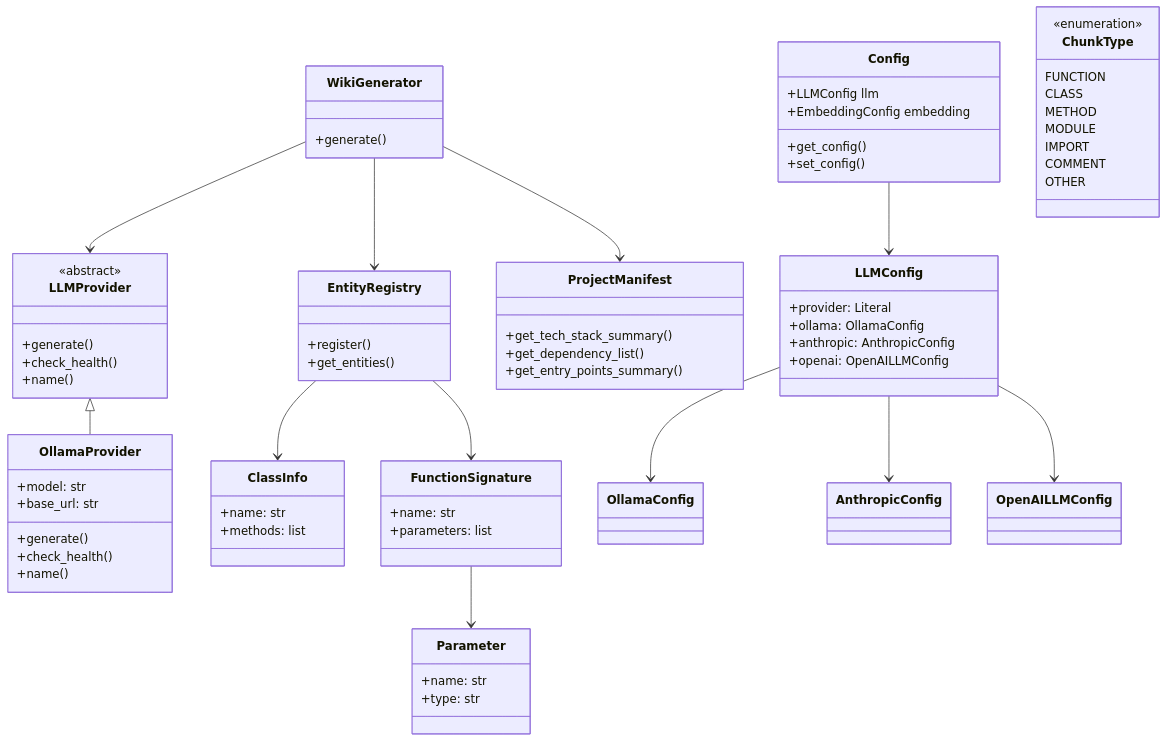
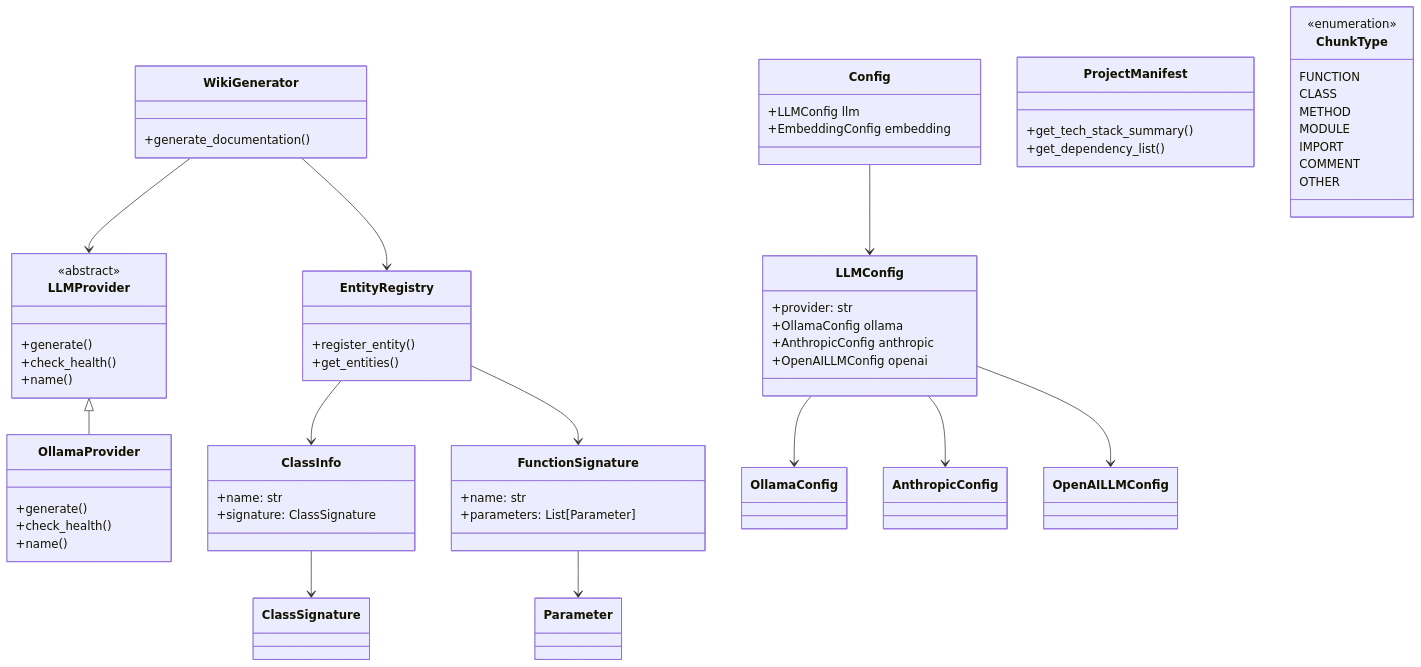
The first of 4 diagrams in .deepwiki/architecture.md (UrbanDiver/local-deepwiki-mcp), drawn with Mermaid before and after one commit. The commit also changed other lines of this file and 77 other files, not shown here.

````diff
--- a/.deepwiki/architecture.md
+++ b/.deepwiki/architecture.md
@@ -41,15 +59,13 @@
     class Config {
         +LLMConfig llm
         +EmbeddingConfig embedding
-        +get_config()
-        +set_config()
     }
     
     class LLMConfig {
-        +provider: Literal
-        +ollama: OllamaConfig
-        +anthropic: AnthropicConfig
-        +openai: OpenAILLMConfig
+        +provider: str
+        +OllamaConfig ollama
+        +AnthropicConfig anthropic
+        +OpenAILLMConfig openai
     }
     
     class LLMProvider {
@@ -60,20 +76,23 @@
     }
     
     class OllamaProvider {
-        +model: str
-        +base_url: str
         +generate()
         +check_health()
         +name()
     }
     
     class WikiGenerator {
-        +generate()
+        +generate_documentation()
     }
     
     class EntityRegistry {
-        +register()
+        +register_entity()
         +get_entities()
+    }
+    
+    class ProjectManifest {
+        +get_tech_stack_summary()
+        +get_dependency_list()
     }
     
     class ChunkType {
@@ -89,23 +108,12 @@
     
     class ClassInfo {
         +name: str
-        +methods: list
+        +signature: ClassSignature
     }
     
     class FunctionSignature {
         +name: str
-        +parameters: list
-    }
-    
-    class Parameter {
-        +name: str
-        +type: str
-    }
-    
-    class ProjectManifest {
-        +get_tech_stack_summary()
-        +get_dependency_list()
-        +get_entry_points_summary()
+        +parameters: List[Parameter]
     }
     
     Config --> LLMConfig
@@ -117,6 +125,6 @@
     WikiGenerator --> EntityRegistry
     EntityRegistry --> ClassInfo
     EntityRegistry --> FunctionSignature
+    ClassInfo --> ClassSignature
     FunctionSignature --> Parameter
-    WikiGenerator --> ProjectManifest
 ```
````
